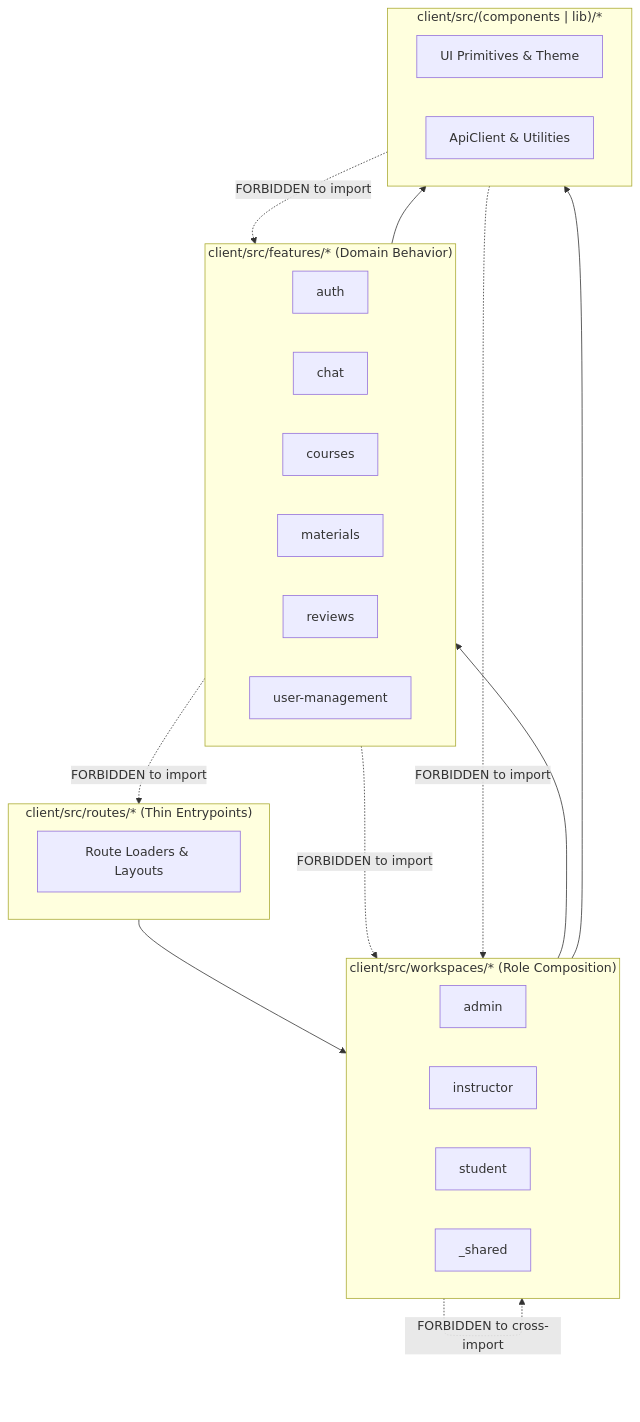
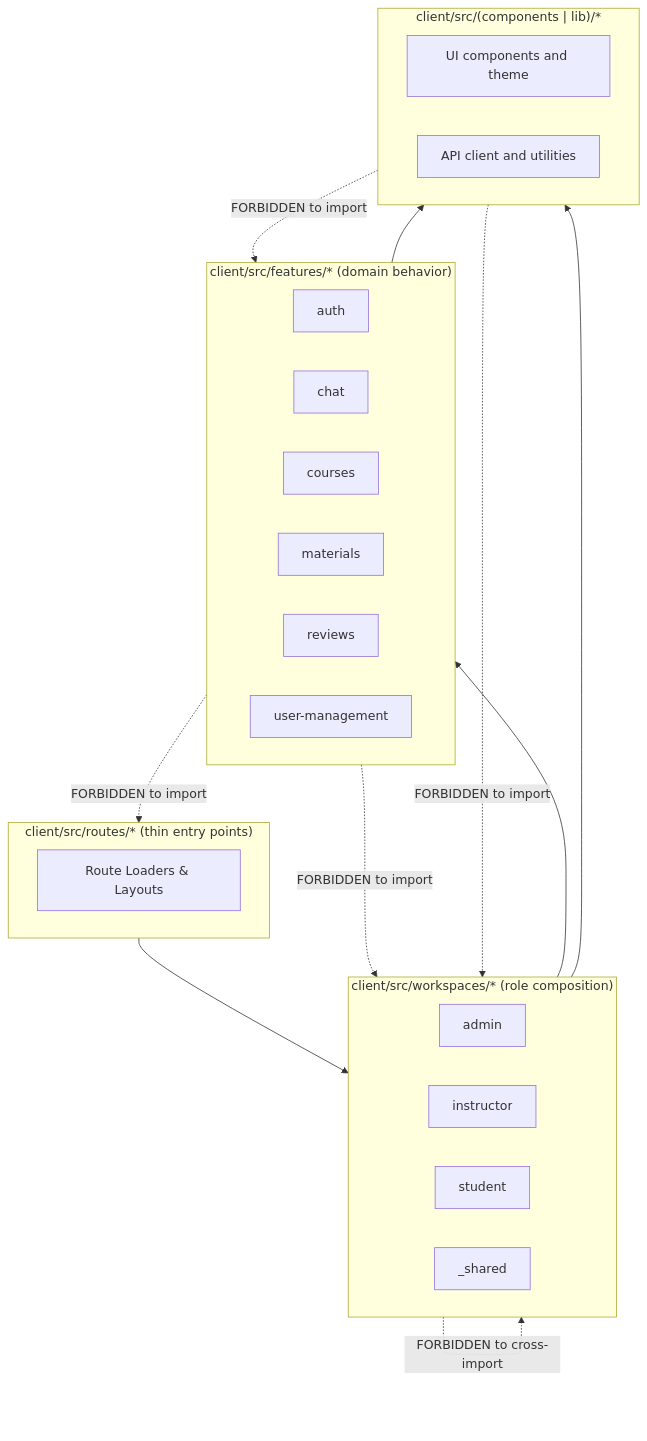
Before and after one commit to MahmoudAhmed184/Morshid: the third of 3 diagrams in docs/developer-guide/03-architecture-and-boundaries.md, drawn with Mermaid. The commit also changed other lines of this file and 19 other files, not shown here.

````diff
--- a/docs/developer-guide/03-architecture-and-boundaries.md
+++ b/docs/developer-guide/03-architecture-and-boundaries.md
@@ -102,38 +103,38 @@
 ```mermaid
 graph TD
-    subgraph Routes["client/src/routes/* (Thin Entrypoints)"]
+    subgraph Routes["client/src/routes/* (thin entry points)"]
         R1[Route Loaders & Layouts]
     end
 
-    subgraph Workspaces["client/src/workspaces/* (Role Composition)"]
+    subgraph Workspaces["client/src/workspaces/* (role composition)"]
         W1[admin]
         W2[instructor]
         W3[student]
         W4[_shared]
     end
 
-    subgraph Features["client/src/features/* (Domain Behavior)"]
+    subgraph Features["client/src/features/* (domain behavior)"]
         F1[auth]
         F2[chat]
         F3[courses]
         F4[materials]
         F5[reviews]
         F6[user-management]
     end
 
     subgraph Shared["client/src/(components | lib)/*"]
-        S1[UI Primitives & Theme]
-        S2[ApiClient & Utilities]
+        S1[UI components and theme]
+        S2[API client and utilities]
     end
 
     Routes --> Workspaces
     Workspaces --> Features
     Workspaces --> Shared
     Features --> Shared
     
     Workspaces -.->|FORBIDDEN to cross-import| Workspaces
     Features -.->|FORBIDDEN to import| Workspaces
     Features -.->|FORBIDDEN to import| Routes
     Shared -.->|FORBIDDEN to import| Features
     Shared -.->|FORBIDDEN to import| Workspaces
 ```
````
